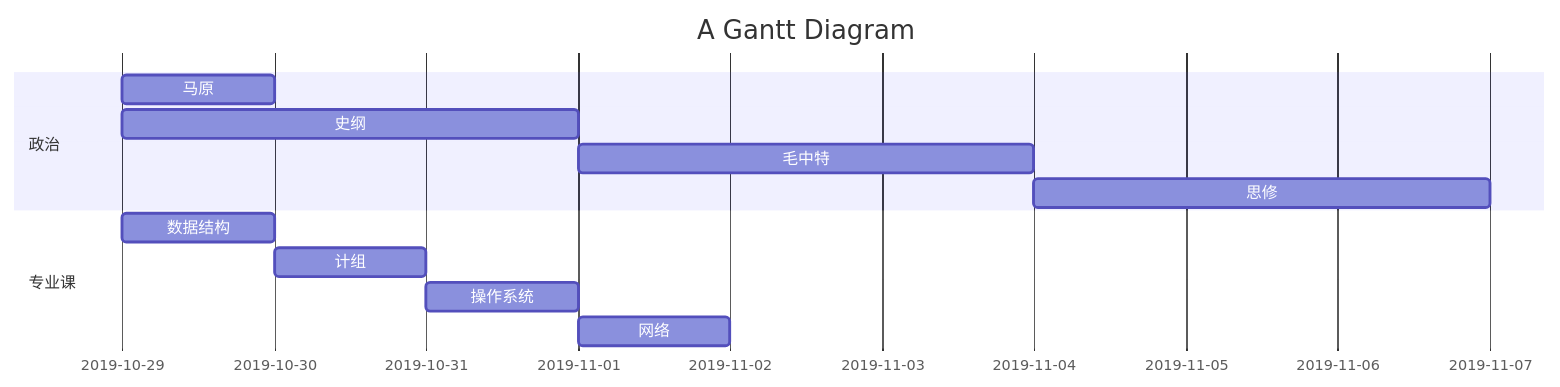
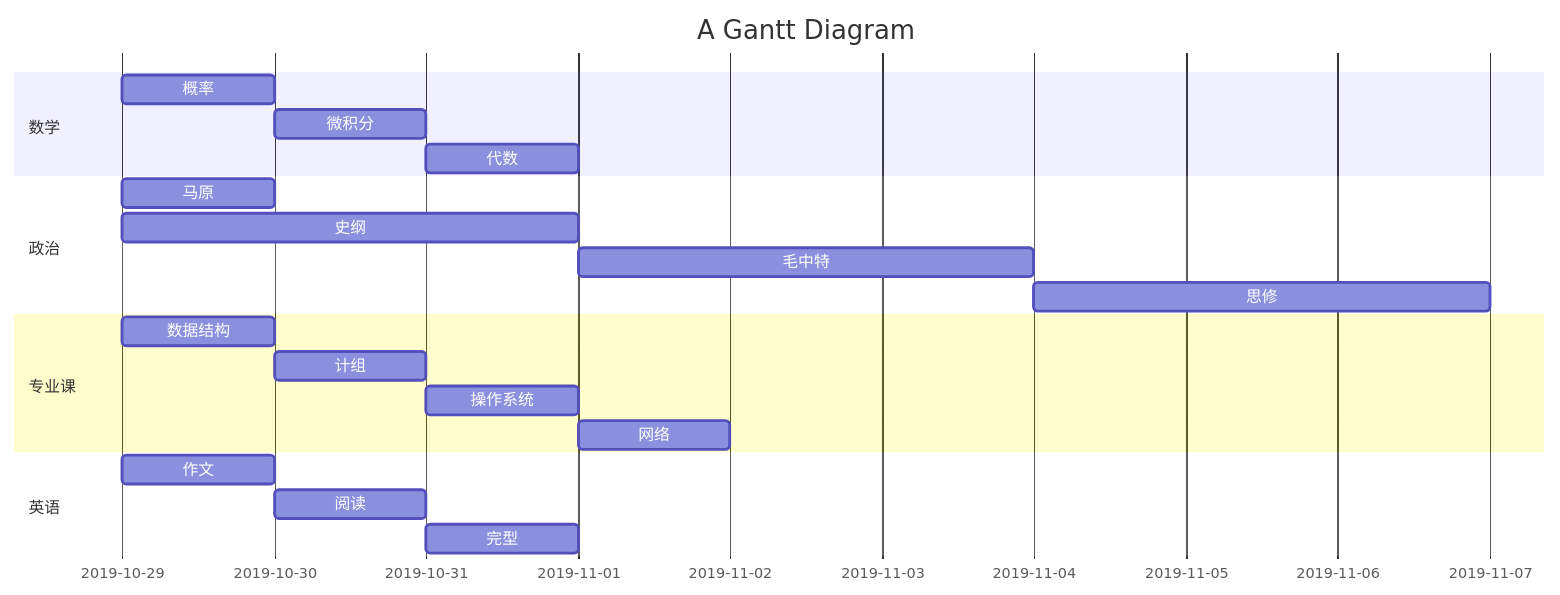
One commit to ZhangMingShuo/ZhangMingShuo.github.io changed the diagram in plan.md. Above: the diagram before and after it, drawn with Mermaid.

````diff
--- a/plan.md
+++ b/plan.md
@@ -2,18 +2,23 @@
 ```mermaid,autorun
   gantt
     title A Gantt Diagram
     dateFormat  YYYY-MM-DD
+    section 数学
+    概率:m1,2019-10-29,1d
+    微积分:m2,after m1,1d
+    代数:m3,after m2,1d
     section 政治
     马原           :a1, 2019-10-29, 1d
     史纲     :a2, 2019-10-29  , 3d
-    毛中特 : a3,after a2,3d
+    毛中特 : a3,after a2,3d  
     思修 :a4,after a3,3d  
     section 专业课
     数据结构      :c1,2019-10-29 , 1d
     计组      :c2,after c1  , 1d
     操作系统: c3,after c2,1d
     网络 :c4,after c3,1d
-   
-    
-
+    section 英语
+    作文:e1,2019-10-29,1d
+    阅读:e2,after e1,1d
+    完型:e3,after e2,1d
 ```
````
